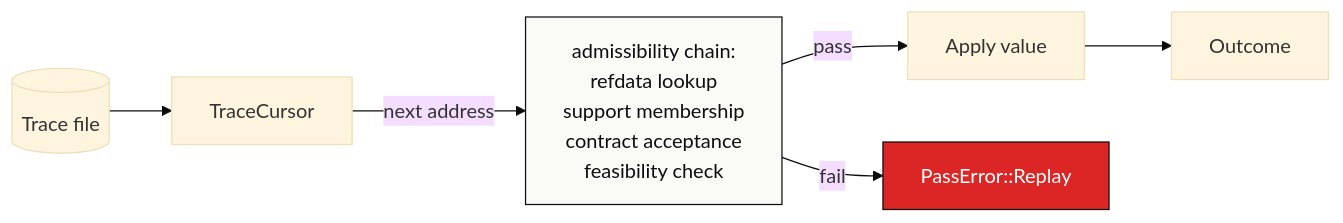
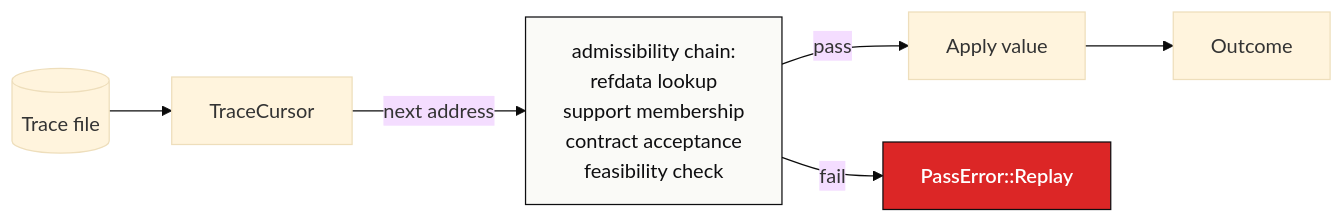
Before and after one commit to MuteJester/GenAIRR: the fourth of 9 diagrams in site_docs/architecture/index.md, drawn with Mermaid (base theme). The commit also changed other lines of this file and 1 other file, not shown here.

First line of the commit message:
mermaid: fix unreadable dark text on dark fills

````diff
--- a/site_docs/architecture/index.md
+++ b/site_docs/architecture/index.md
@@ -185,11 +193,16 @@
 ```mermaid
 flowchart LR
   Tr[(Trace file)] --> Cur[TraceCursor]
   Cur -->|next address| Adm["admissibility chain:<br/>refdata lookup<br/>support membership<br/>contract acceptance<br/>feasibility check"]
   Adm -->|pass| Apply[Apply value]
   Adm -->|fail| Err[PassError::Replay]
   Apply --> Out[Outcome]
 
-  style Adm fill:#fafaf7,stroke:#0e0e10,color:#0e0e10
-  style Err fill:#dc2626,stroke:#0e0e10,color:#fff
+  classDef accent fill:#1f8a4c,stroke:#0e0e10,color:#ffffff,font-weight:600;
+  classDef info fill:#1d4ed8,stroke:#0e0e10,color:#ffffff,font-weight:600;
+  classDef trace fill:#6e3a8e,stroke:#0e0e10,color:#ffffff,font-weight:600;
+  classDef warn fill:#dc2626,stroke:#0e0e10,color:#ffffff,font-weight:600;
+  classDef neutral fill:#fafaf7,stroke:#0e0e10,color:#0e0e10;
+  class Adm neutral;
+  class Err warn;
 ```
````
